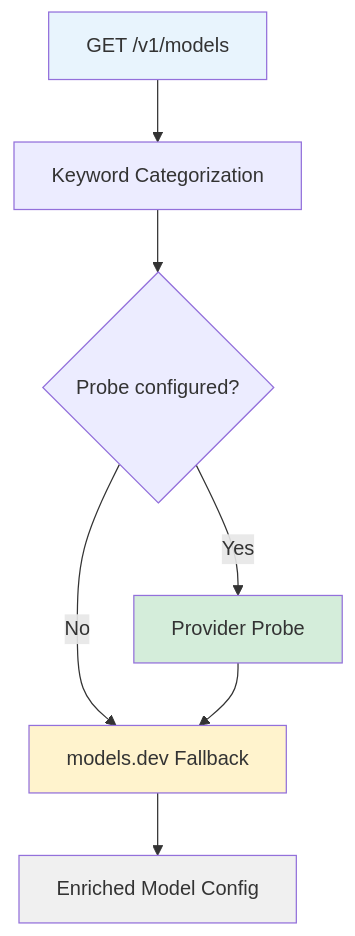
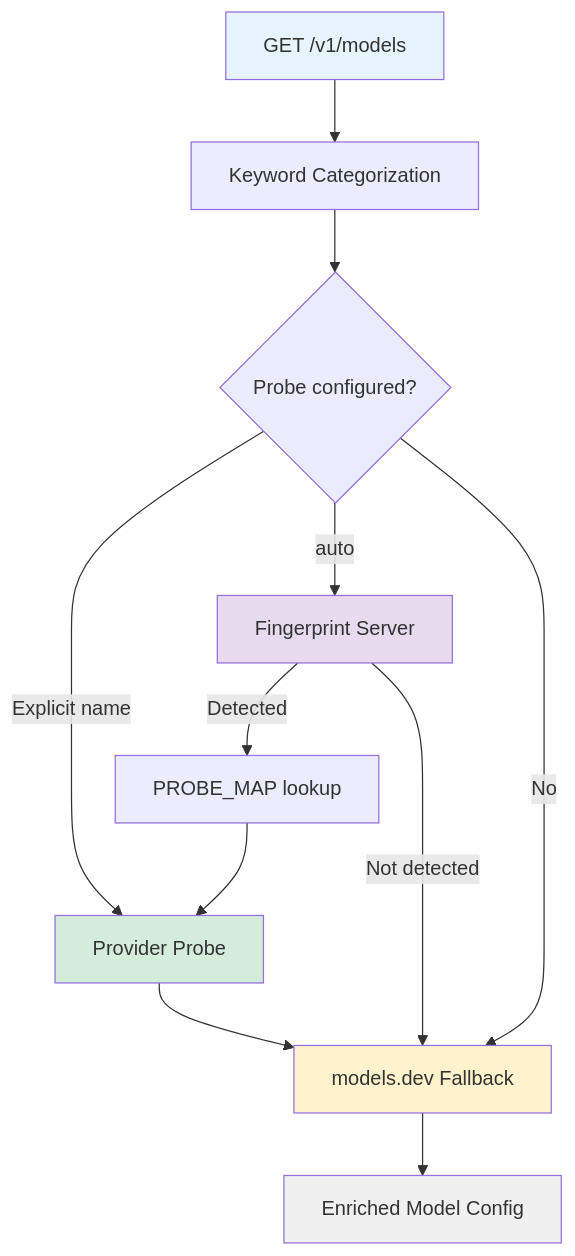
Before and after one commit to rmk40/opencode-model-scout: the second of 5 diagrams in CONTRIBUTING.md, drawn with Mermaid. The commit also changed other lines of this file and 18 other files, not shown here.

````diff
--- a/CONTRIBUTING.md
+++ b/CONTRIBUTING.md
@@ -67,14 +82,19 @@
 ```mermaid
 flowchart TD
     A["GET /v1/models"] --> B["Keyword Categorization"]
     B --> C{Probe configured?}
-    C -->|Yes| D["Provider Probe"]
+    C -->|Explicit name| D["Provider Probe"]
+    C -->|"auto"| G["Fingerprint Server"]
     C -->|No| E["models.dev Fallback"]
+    G -->|Detected| H["PROBE_MAP lookup"]
+    G -->|Not detected| E
+    H --> D
     D --> E
     E --> F["Enriched Model Config"]
 
     style A fill:#e8f4fd
     style D fill:#d4edda
     style E fill:#fff3cd
     style F fill:#f0f0f0
+    style G fill:#e8daef
 ```
````
